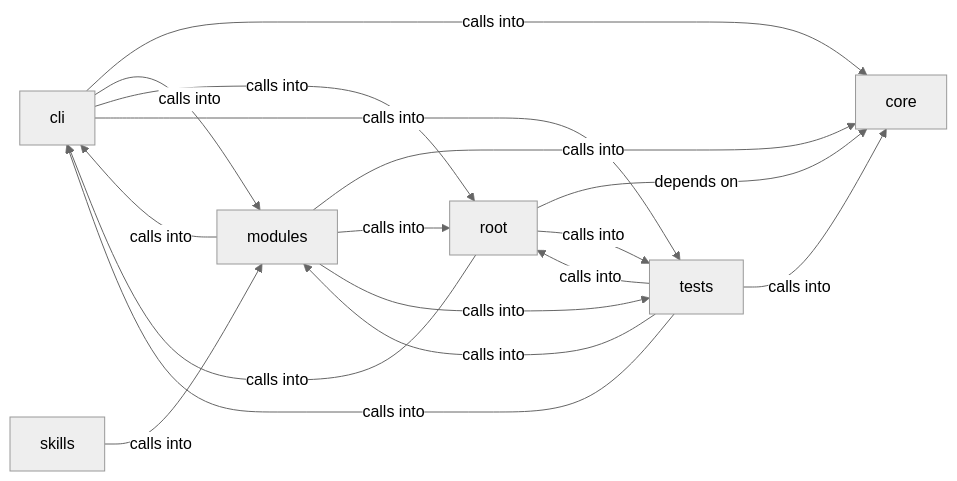
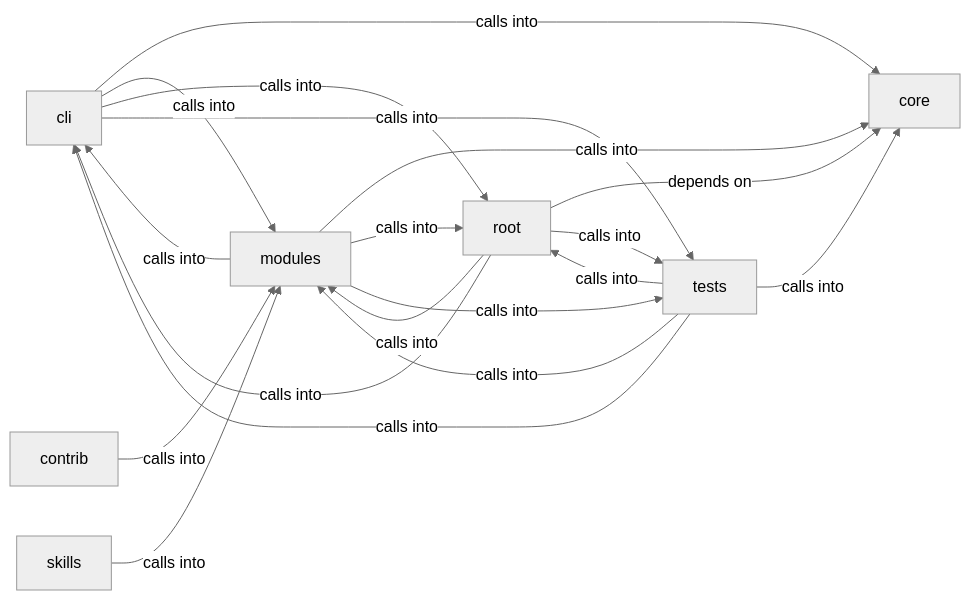
Before and after one commit to grisuno/LazyOwn: the diagram in readmenator-diagrams/cli_commands.md, drawn with Mermaid (neutral theme). The commit also changed other lines of this file and 226 other files, not shown here.

````diff
--- a/readmenator-diagrams/cli_commands.md
+++ b/readmenator-diagrams/cli_commands.md
@@ -5,25 +5,28 @@
 ```mermaid
 graph LR
     cli["cli"]
+    contrib["contrib"]
     core["core"]
     modules["modules"]
     root["root"]
     skills["skills"]
     tests["tests"]
     cli -- "calls into" --> core
     cli -- "calls into" --> modules
     cli -- "calls into" --> root
     cli -- "calls into" --> tests
+    contrib -- "calls into" --> modules
     modules -- "calls into" --> cli
     modules -- "calls into" --> core
     modules -- "calls into" --> root
     modules -- "calls into" --> tests
     root -- "calls into" --> cli
     root -- "depends on" --> core
+    root -- "calls into" --> modules
     root -- "calls into" --> tests
     skills -- "calls into" --> modules
     tests -- "calls into" --> cli
     tests -- "calls into" --> core
     tests -- "calls into" --> modules
     tests -- "calls into" --> root
 ```
````
